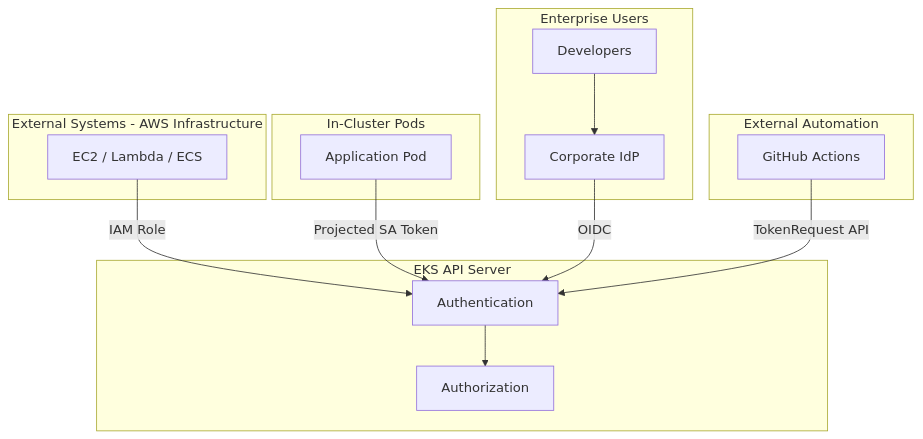
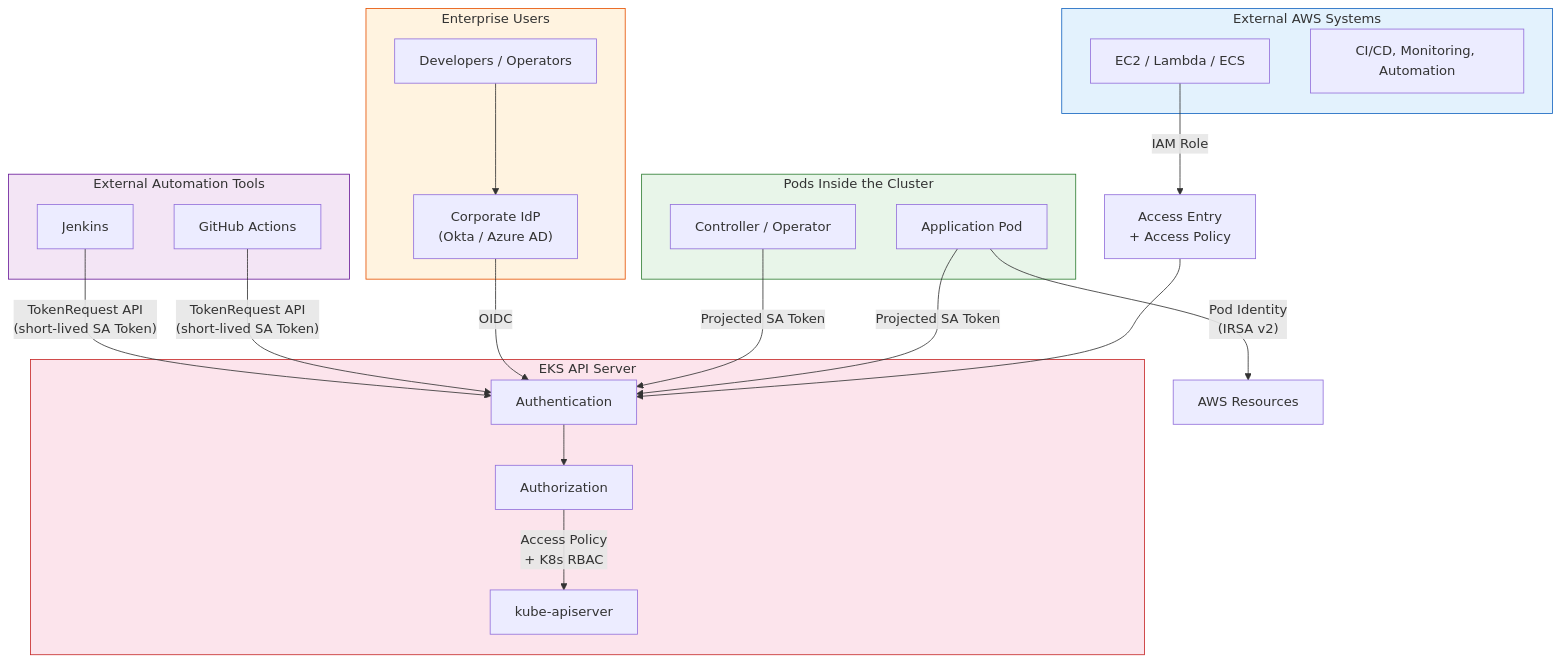
The diagram in i18n/en/docusaurus-plugin-content-docs/current/eks-best-practices/security-authn/eks-api-server-authn-authz.md (devfloor9/engineering-playbook), drawn with Mermaid before and after one commit. The commit also changed other lines of this file, not shown here.

Commit message:
docs(i18n): complete EKS API authentication coverage (#31)

````diff
--- a/i18n/en/docusaurus-plugin-content-docs/current/eks-best-practices/security-authn/eks-api-server-authn-authz.md
+++ b/i18n/en/docusaurus-plugin-content-docs/current/eks-best-practices/security-authn/eks-api-server-authn-authz.md
@@ -108,26 +325,50 @@
 ```mermaid
 flowchart TB
-    subgraph External["External Systems - AWS Infrastructure"]
+    subgraph External["External AWS Systems"]
         EC2["EC2 / Lambda / ECS"]
+        CICD_EXT["CI/CD, Monitoring, Automation"]
     end
-    subgraph Internal["In-Cluster Pods"]
+
+    subgraph Internal["Pods Inside the Cluster"]
         Pod["Application Pod"]
+        Controller["Controller / Operator"]
     end
+
     subgraph Enterprise["Enterprise Users"]
-        Dev["Developers"]
-        IdP["Corporate IdP"]
+        Dev["Developers / Operators"]
+        IdP["Corporate IdP<br/>(Okta / Azure AD)"]
     end
-    subgraph ExtAuto["External Automation"]
+
+    subgraph ExtAuto["External Automation Tools"]
         GHA["GitHub Actions"]
+        Jenkins["Jenkins"]
     end
+
     subgraph EKS["EKS API Server"]
         AuthN["Authentication"]
         AuthZ["Authorization"]
+        APIServer["kube-apiserver"]
     end
 
-    EC2 -->|"IAM Role"| AuthN
+    EC2 -->|"IAM Role"| AccessEntry["Access Entry<br/>+ Access Policy"]
+    AccessEntry --> AuthN
+
+    Pod -->|"Pod Identity<br/>(IRSA v2)"| AWSResources["AWS Resources"]
     Pod -->|"Projected SA Token"| AuthN
-    Dev --> IdP -->|"OIDC"| AuthN
-    GHA -->|"TokenRequest API"| AuthN
+    Controller -->|"Projected SA Token"| AuthN
+
+    Dev --> IdP
+    IdP -->|"OIDC"| AuthN
+
+    GHA -->|"TokenRequest API<br/>(short-lived SA Token)"| AuthN
+    Jenkins -->|"TokenRequest API<br/>(short-lived SA Token)"| AuthN
+
     AuthN --> AuthZ
+    AuthZ -->|"Access Policy<br/>+ K8s RBAC"| APIServer
+
+    style External fill:#e3f2fd,stroke:#1565c0
+    style Internal fill:#e8f5e9,stroke:#2e7d32
+    style Enterprise fill:#fff3e0,stroke:#e65100
+    style ExtAuto fill:#f3e5f5,stroke:#6a1b9a
+    style EKS fill:#fce4ec,stroke:#c62828
 ```
````
